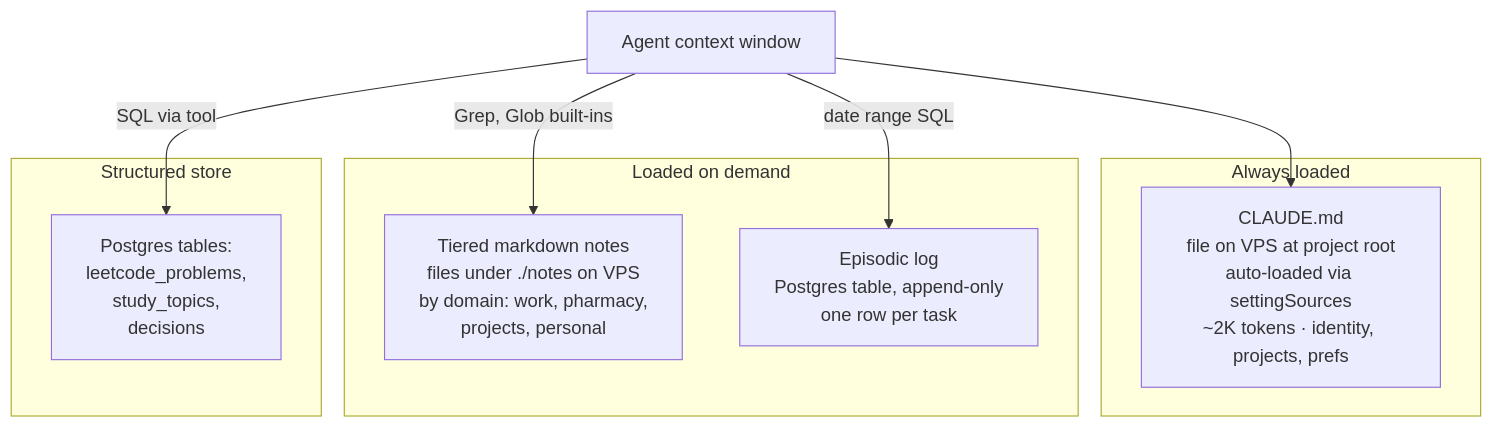
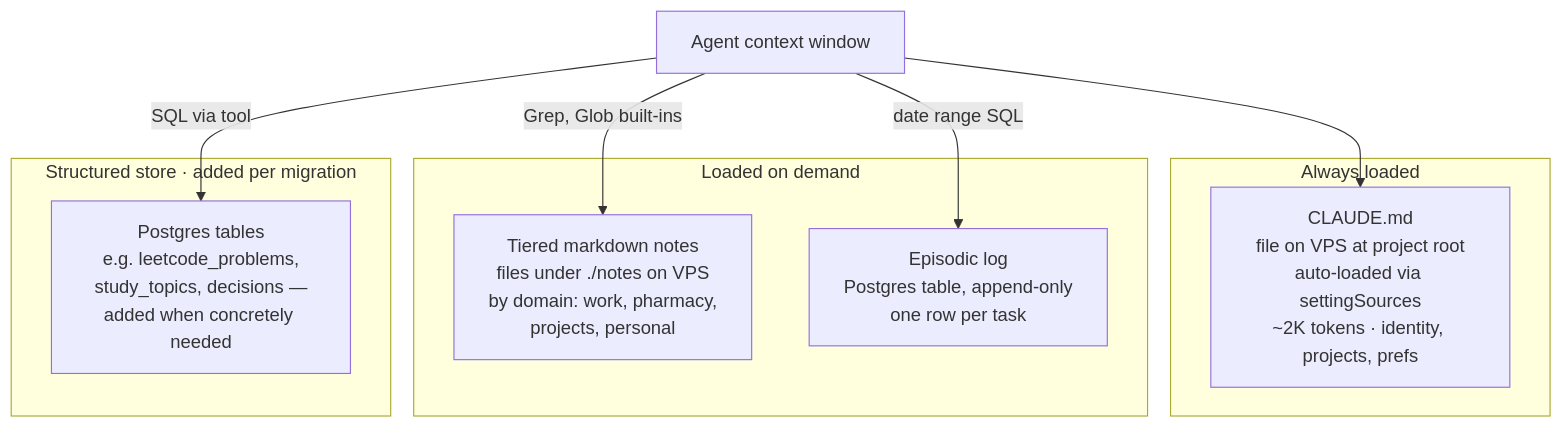
One commit to abdihashii/anthropic-agent-sdk-practice changed the fourth of 6 diagrams in spec.md. Above: the diagram before and after it, drawn with Mermaid. The commit also changed other lines of this file, not shown here.

````diff
--- a/spec.md
+++ b/spec.md
@@ -105,20 +105,20 @@
 ```mermaid
 flowchart TB
     subgraph Always[Always loaded]
         Root[CLAUDE.md<br/>file on VPS at project root<br/>auto-loaded via settingSources<br/>~2K tokens · identity, projects, prefs]
     end
 
     subgraph OnDemand[Loaded on demand]
         Notes[Tiered markdown notes<br/>files under ./notes on VPS<br/>by domain: work, pharmacy,<br/>projects, personal]
         Episodic[Episodic log<br/>Postgres table, append-only<br/>one row per task]
     end
 
-    subgraph Structured[Structured store]
-        Records[Postgres tables:<br/>leetcode_problems,<br/>study_topics,<br/>decisions]
+    subgraph Structured[Structured store · added per migration]
+        Records[Postgres tables<br/>e.g. leetcode_problems,<br/>study_topics, decisions —<br/>added when concretely needed]
     end
 
     Agent[Agent context window] --> Root
     Agent -->|Grep, Glob built-ins| Notes
     Agent -->|date range SQL| Episodic
     Agent -->|SQL via tool| Records
 ```
````
